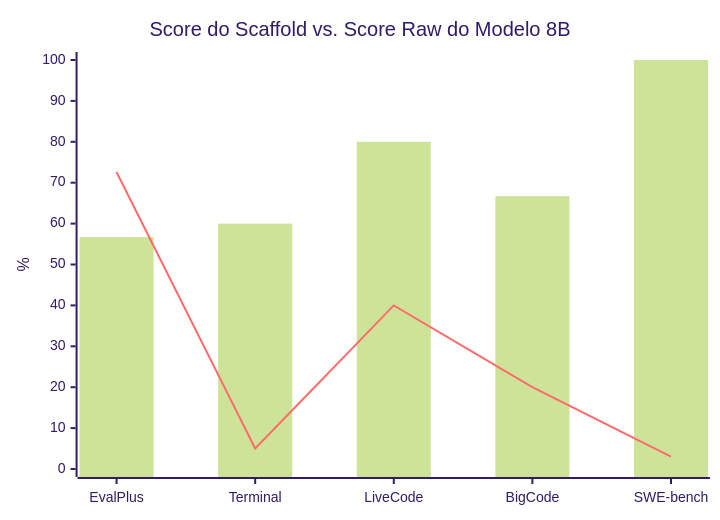
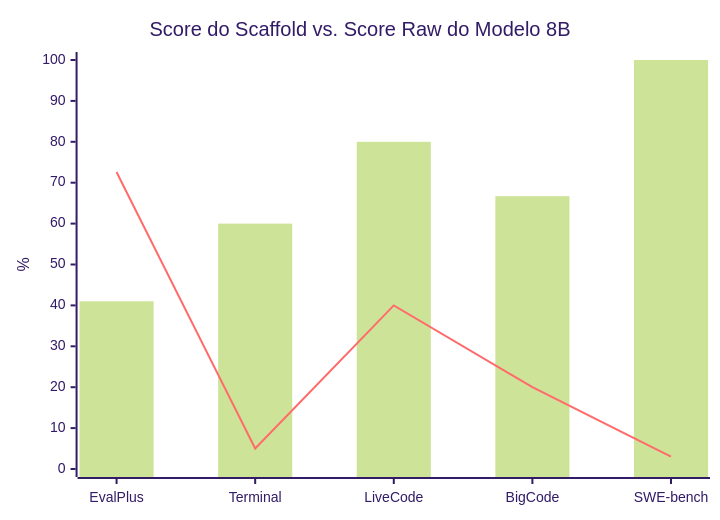
One commit to MrJc01/crom-agente changed the third of 3 diagrams in docs/benchmark_analysis.md. Above: the diagram before and after it, drawn with Mermaid (forest theme). The commit also changed other lines of this file and 12 other files, not shown here.

````diff
--- a/docs/benchmark_analysis.md
+++ b/docs/benchmark_analysis.md
@@ -237,8 +238,8 @@
 ```mermaid
 xychart-beta
     title "Score do Scaffold vs. Score Raw do Modelo 8B"
     x-axis ["EvalPlus", "Terminal", "LiveCode", "BigCode", "SWE-bench"]
     y-axis "%" 0 --> 100
-    bar [56.7, 60, 80, 66.7, 100]
+    bar [41.0, 60, 80, 66.7, 100]
     line [72.6, 5, 40, 20, 3]
 ```
````
